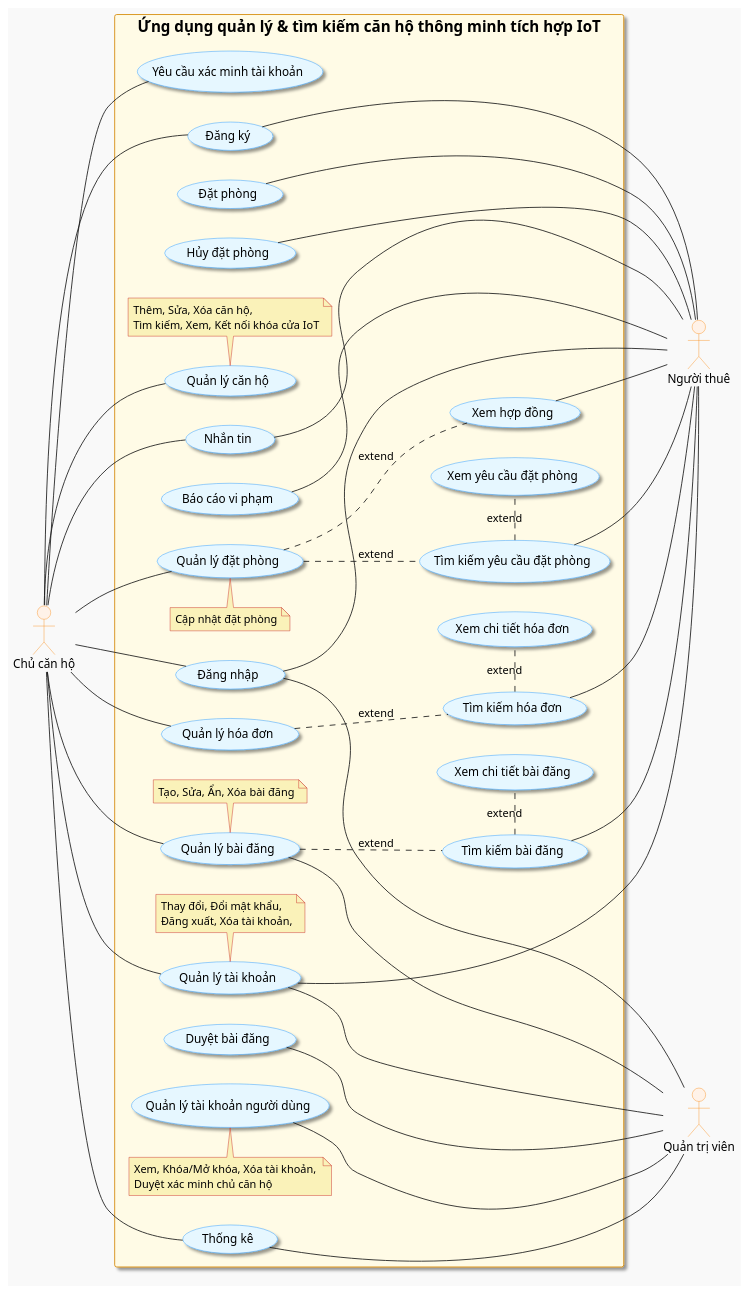
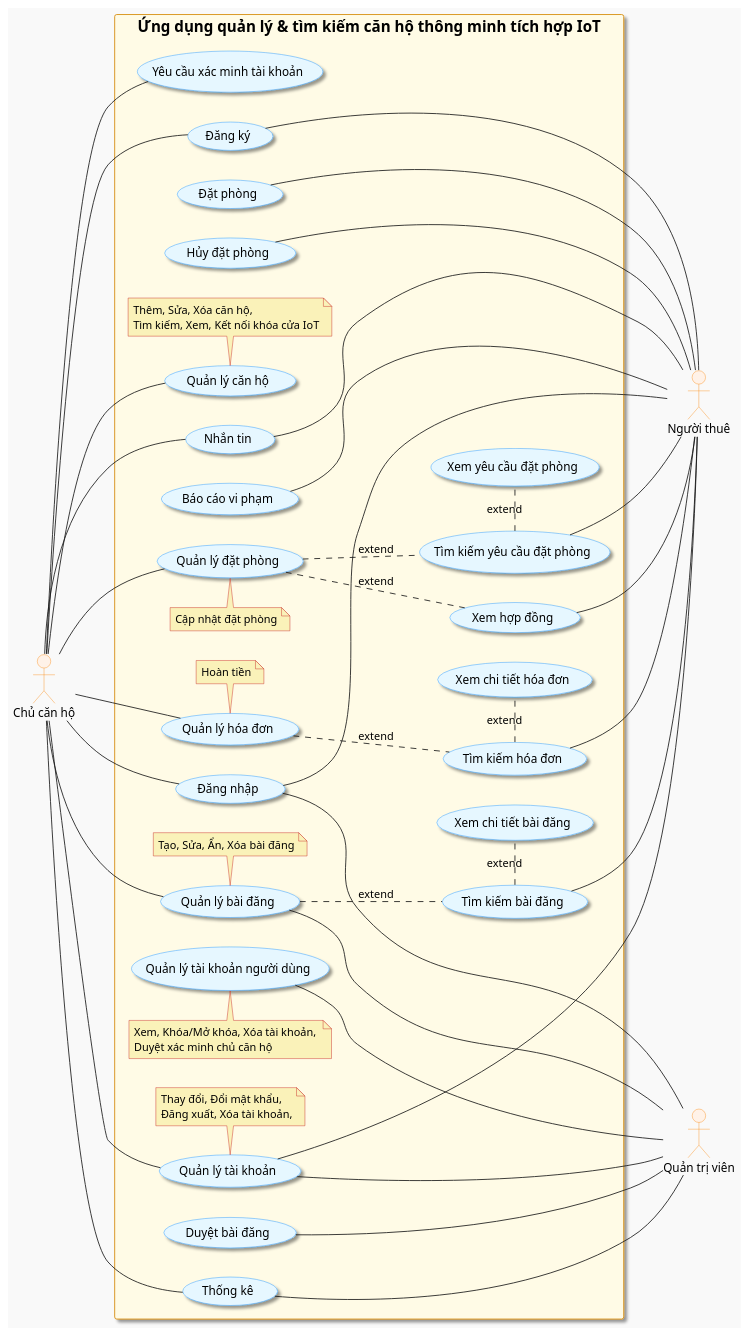
One commit to nho-moi-so/quan-ly-tim-kiem-phong-tro changed the diagram in diagrams/usecase.puml. Above: the diagram before and after it, drawn with PlantUML.

Commit message:
update note for manage_invoice use case to clarify functionality

```diff
--- a/diagrams/usecase.puml
+++ b/diagrams/usecase.puml
@@ -2,139 +2,139 @@
 @startuml usecase-diagram
 skinparam shadowing false
 skinparam backgroundColor #f9f9f9
 skinparam usecase {
     BackgroundColor #e6f7ff
     BorderColor #1890ff
     FontColor #000000
     FontSize 14
     Shadowing true
 }
 skinparam actor {
     BackgroundColor #fff2e8
     BorderColor #fa8c16
     FontColor #000000
     FontSize 14
 }
 skinparam rectangle {
     BackgroundColor #fffbe6
     BorderColor #d48806
     FontColor #000000
     FontSize 18
     Shadowing true
 }
 skinparam note{
     BackgroundColor #faf2b9
     BorderColor #c51c1c
 }
 left to right direction
 
 actor "Quản trị viên" as Admin
 actor "Người thuê" as Guest
 actor "Chủ căn hộ" as Owner
 
 rectangle "Ứng dụng quản lý & tìm kiếm căn hộ thông minh tích hợp IoT"{
 ' Các chức năng của Chủ căn hộ
 ' usecase "Đăng xuất" as logout
 usecase "Đăng nhập" as login
 usecase "Đăng ký" as register
 usecase "Quản lý tài khoản" as manage_account
 note bottom of manage_account: Thay đổi, Đổi mật khẩu, \nĐăng xuất, Xóa tài khoản,
 usecase "Yêu cầu xác minh tài khoản" as request_owner_verification
 
 usecase "Quản lý căn hộ" as manage_apartment
 note bottom of manage_apartment: Thêm, Sửa, Xóa căn hộ, \nTìm kiếm, Xem, Kết nối khóa cửa IoT
 ' usecase "Kết nối khóa cửa IoT" as connect_iot_lock
 ' manage_apartment .. connect_iot_lock: extend
 
 usecase "Quản lý đặt phòng" as manage_booking
 note top of manage_booking: Cập nhật đặt phòng
 usecase "Xem hợp đồng" as view_booking_contract
 manage_booking .. view_booking_contract: extend
 usecase "Quản lý hóa đơn" as manage_invoice
-' note bottom of manage_invoice: Tìm kiếm, Xem chi tiết hóa đơn
+note bottom of manage_invoice: Hoàn tiền
 usecase "Quản lý bài đăng" as manage_post
 note bottom of manage_post: Tạo, Sửa, Ẩn, Xóa bài đăng
 usecase "Nhắn tin" as messaging
 usecase "Thống kê" as statistics
 
 ' Các chức năng của Người thuê
 ' usecase "Quản lý tài khoản" as manage_account
 ' usecase "Đăng xuất" as logout
 ' usecase "Đăng nhập" as login
 ' usecase "Đăng ký" as register
 ' usecase "Tìm kiếm căn hộ" as search_apartment
 ' usecase "Xem chi tiết căn hộ" as view_apartment_details
 ' manage_apartment .. search_apartment: extend
 ' search_apartment . view_apartment_details: extend
 
 usecase "Đặt phòng" as book_apartment
 usecase "Hủy đặt phòng" as cancel_booking
 
 usecase "Tìm kiếm yêu cầu đặt phòng" as search_booking
 manage_booking .. search_booking: extend
 usecase "Xem yêu cầu đặt phòng" as view_booking_requests
 search_booking . view_booking_requests: extend
 
 
 usecase "Tìm kiếm hóa đơn" as search_invoices
 manage_invoice .. search_invoices: extend
 usecase "Xem chi tiết hóa đơn" as view_invoice_details
 search_invoices . view_invoice_details: extend
 usecase "Tìm kiếm bài đăng" as search_posts
 manage_post .. search_posts: extend
 usecase "Xem chi tiết bài đăng" as view_post_details
 search_posts . view_post_details: extend
 ' usecase "Nhắn tin" as messaging
 
 usecase "Báo cáo vi phạm" as report_violation
 
 ' Các chức năng của Quản trị viên
 usecase "Quản lý tài khoản người dùng" as manage_user_accounts
 note top of manage_user_accounts: Xem, Khóa/Mở khóa, Xóa tài khoản, \nDuyệt xác minh chủ căn hộ
 ' usecase "Đăng xuất" as logout
 ' usecase "Đăng nhập" as login
 ' usecase "Đổi mật khẩu" as change_password
 ' manage_account .. change_password: extend
 'usecase "Quản lý bài đăng" as manage_post
 usecase "Duyệt bài đăng" as approve_posts
 ' usecase "Thống kê" as statistics
 
 ' nối các usecase
 'Chủ căn hộ
 (Owner) -- (login)
 (Owner) -- (register)
 (Owner) -- (manage_account)
 (request_owner_verification) - (Owner)
 (Owner) -- (manage_apartment)
 (Owner) -- (manage_booking)
 (Owner) -- (manage_invoice)
 (Owner) -- (manage_post)
 (Owner) -- (messaging)
 (Owner) -- (statistics)
 
 
 'Người thuê
 (register) - (Guest)
 (login) - (Guest)
 (manage_account) -- (Guest)
 (search_posts) -- (Guest)
 (book_apartment) - (Guest)
 (cancel_booking) - (Guest)
 (search_booking) -- (Guest)
 (search_invoices) -- (Guest)
 (view_booking_contract) -- (Guest)
 (messaging) - (Guest)
 (report_violation) - (Guest)
 
 'Quản trị viên
 (login) --- (Admin)
 (manage_user_accounts) - (Admin)
 (manage_account) -- (Admin)
 (manage_post) -- (Admin)
 (approve_posts) - (Admin)
 ' (change_password) -- (Admin)
 (statistics) - (Admin)
 
 
 }
 @enduml
```
